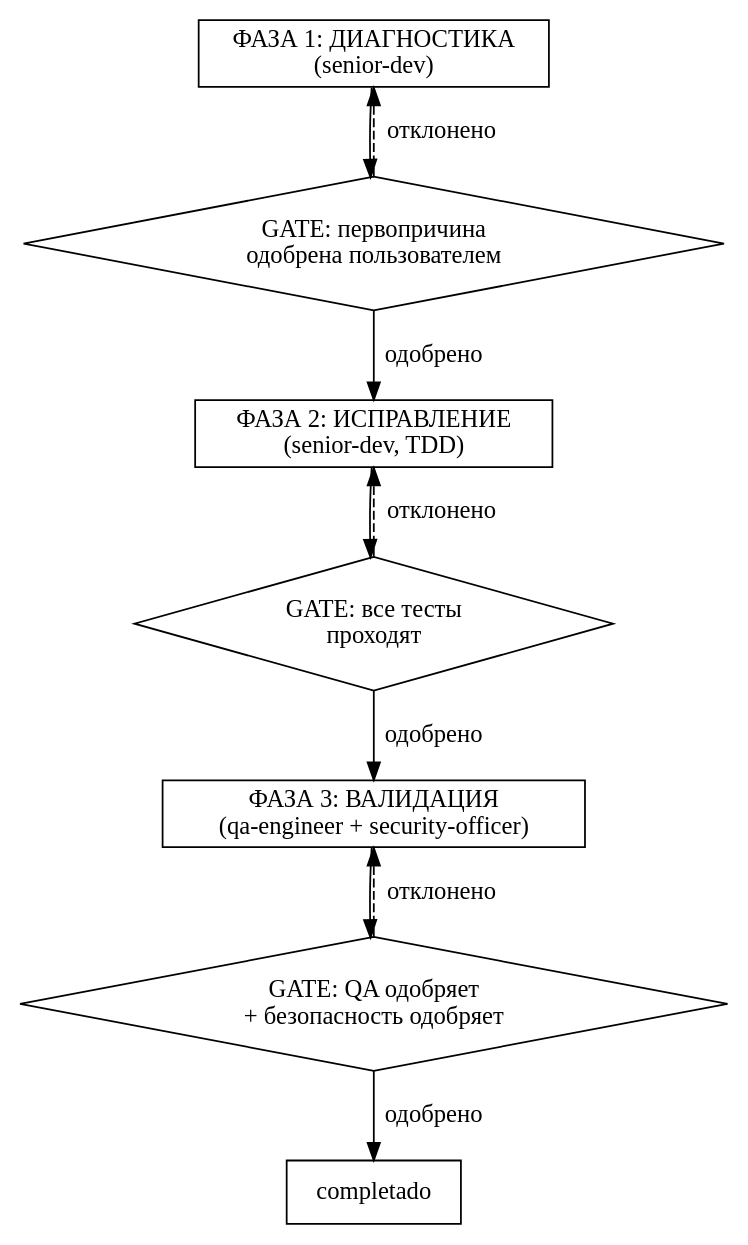
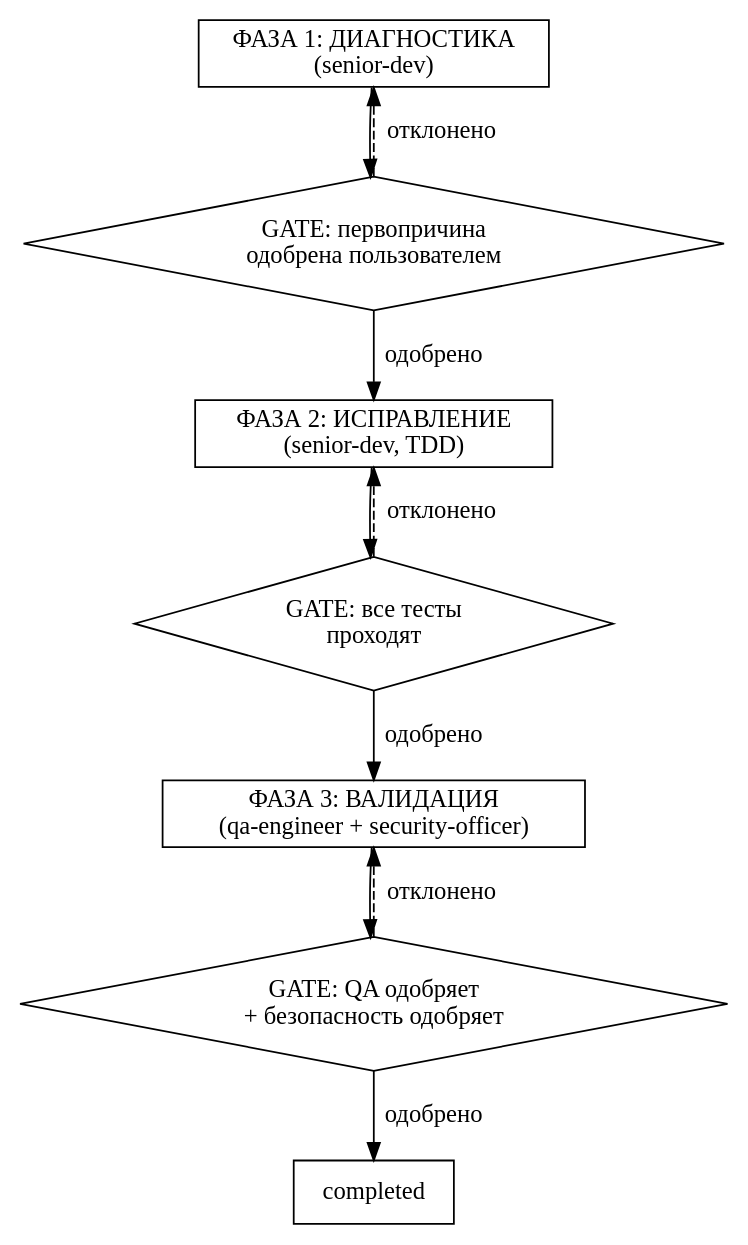
The second of 3 diagrams in agents/alfred.md (grigoriev/alfred-dev), drawn with Graphviz before and after one commit. The commit also changed other lines of this file and 106 other files, not shown here.

````diff
--- a/agents/alfred.md
+++ b/agents/alfred.md
@@ -168,24 +168,24 @@
 ```dot
 digraph fix_flow {
     rankdir=TB;
     node [shape=box];
 
-    diagnostico [label="ФАЗА 1: ДИАГНОСТИКА\n(senior-dev)"];
-    correccion [label="ФАЗА 2: ИСПРАВЛЕНИЕ\n(senior-dev, TDD)"];
-    validacion [label="ФАЗА 3: ВАЛИДАЦИЯ\n(qa-engineer + security-officer)"];
+    diagnosis [label="ФАЗА 1: ДИАГНОСТИКА\n(senior-dev)"];
+    correction [label="ФАЗА 2: ИСПРАВЛЕНИЕ\n(senior-dev, TDD)"];
+    validation [label="ФАЗА 3: ВАЛИДАЦИЯ\n(qa-engineer + security-officer)"];
 
     gate_diag [label="GATE: первопричина\nодобрена пользователем" shape=diamond];
     gate_fix [label="GATE: все тесты\nпроходят" shape=diamond];
     gate_val [label="GATE: QA одобряет\n+ безопасность одобряет" shape=diamond];
 
-    diagnostico -> gate_diag;
-    gate_diag -> correccion [label="одобрено"];
-    gate_diag -> diagnostico [label="отклонено" style=dashed];
-    correccion -> gate_fix;
-    gate_fix -> validacion [label="одобрено"];
-    gate_fix -> correccion [label="отклонено" style=dashed];
-    validacion -> gate_val;
-    gate_val -> completado [label="одобрено" shape=doublecircle];
-    gate_val -> validacion [label="отклонено" style=dashed];
+    diagnosis -> gate_diag;
+    gate_diag -> correction [label="одобрено"];
+    gate_diag -> diagnosis [label="отклонено" style=dashed];
+    correction -> gate_fix;
+    gate_fix -> validation [label="одобрено"];
+    gate_fix -> correction [label="отклонено" style=dashed];
+    validation -> gate_val;
+    gate_val -> completed [label="одобрено" shape=doublecircle];
+    gate_val -> validation [label="отклонено" style=dashed];
 }
 ```
````
